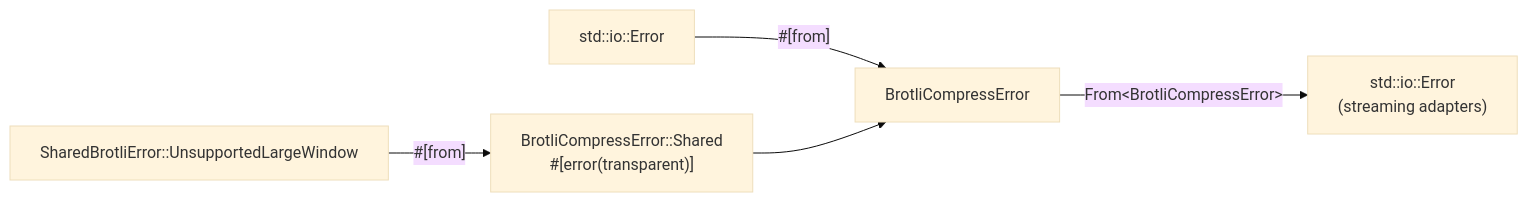
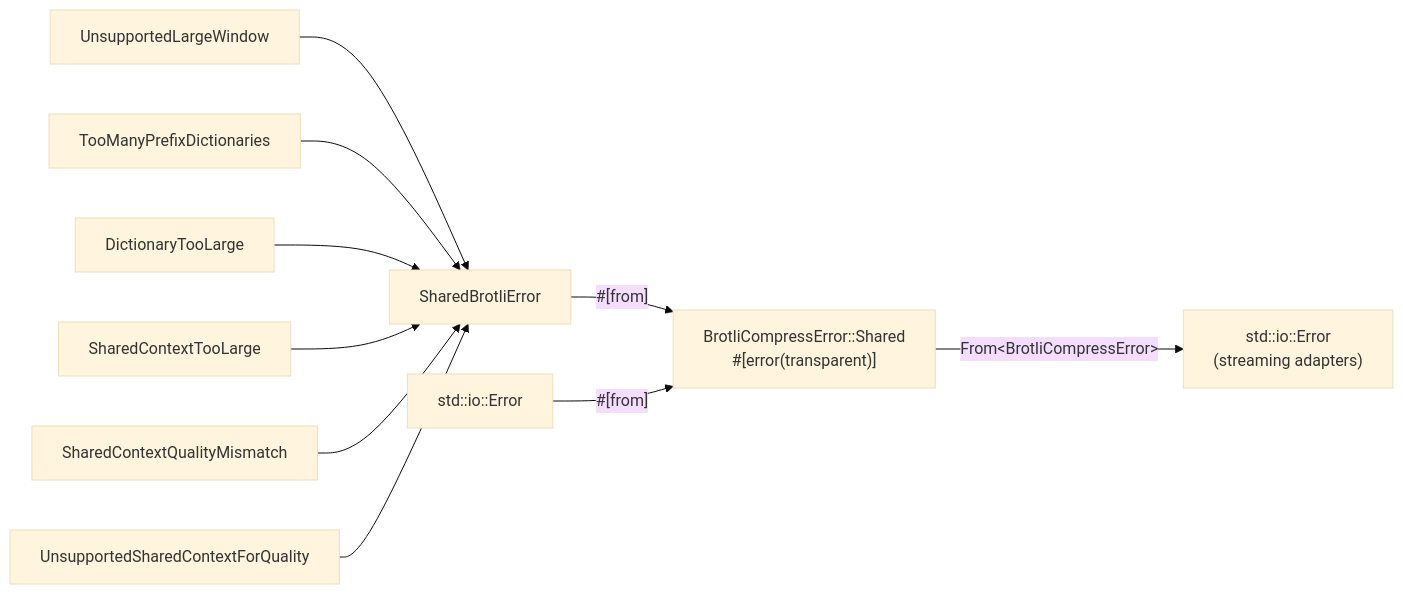
One commit to Mnwa/mbrotli changed diagram 12 of 12 in architecture/shared-brotli.md. Above: the diagram before and after it, drawn with Mermaid (base theme). The commit also changed other lines of this file and 43 other files, not shown here.

Commit message:
Add shared window

````diff
--- a/architecture/shared-brotli.md
+++ b/architecture/shared-brotli.md
@@ -254,7 +536,12 @@
 ```mermaid
 graph LR
-    lw["SharedBrotliError::UnsupportedLargeWindow"] -->|"#[from]"| shared["BrotliCompressError::Shared<br/>#[error(transparent)]"]
-    io["std::io::Error"] -->|"#[from]"| bce["BrotliCompressError"]
-    shared --> bce
+    lw["UnsupportedLargeWindow"] --> shared
+    tm["TooManyPrefixDictionaries"] --> shared
+    dl["DictionaryTooLarge"] --> shared
+    ct["SharedContextTooLarge"] --> shared
+    qm["SharedContextQualityMismatch"] --> shared
+    us["UnsupportedSharedContextForQuality"] --> shared
+    shared["SharedBrotliError"] -->|"#[from]"| bce["BrotliCompressError::Shared<br/>#[error(transparent)]"]
+    io["std::io::Error"] -->|"#[from]"| bce
     bce -->|"From&lt;BrotliCompressError&gt;"| io2["std::io::Error<br/>(streaming adapters)"]
 ```
````
